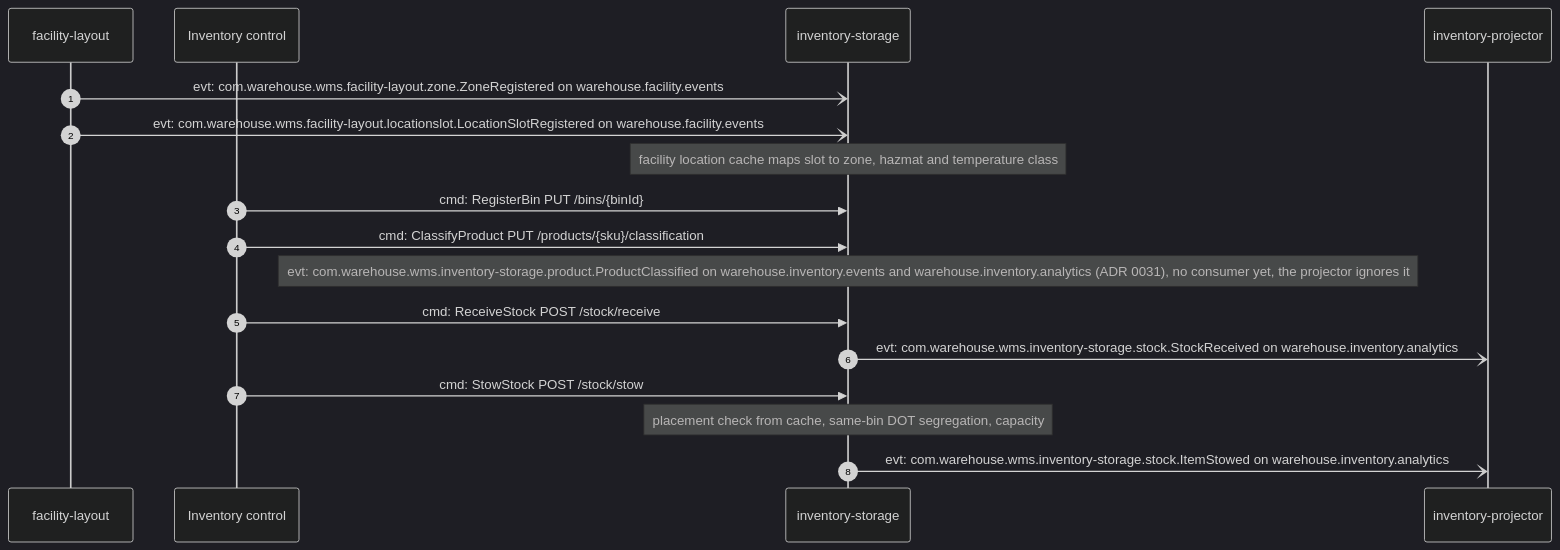
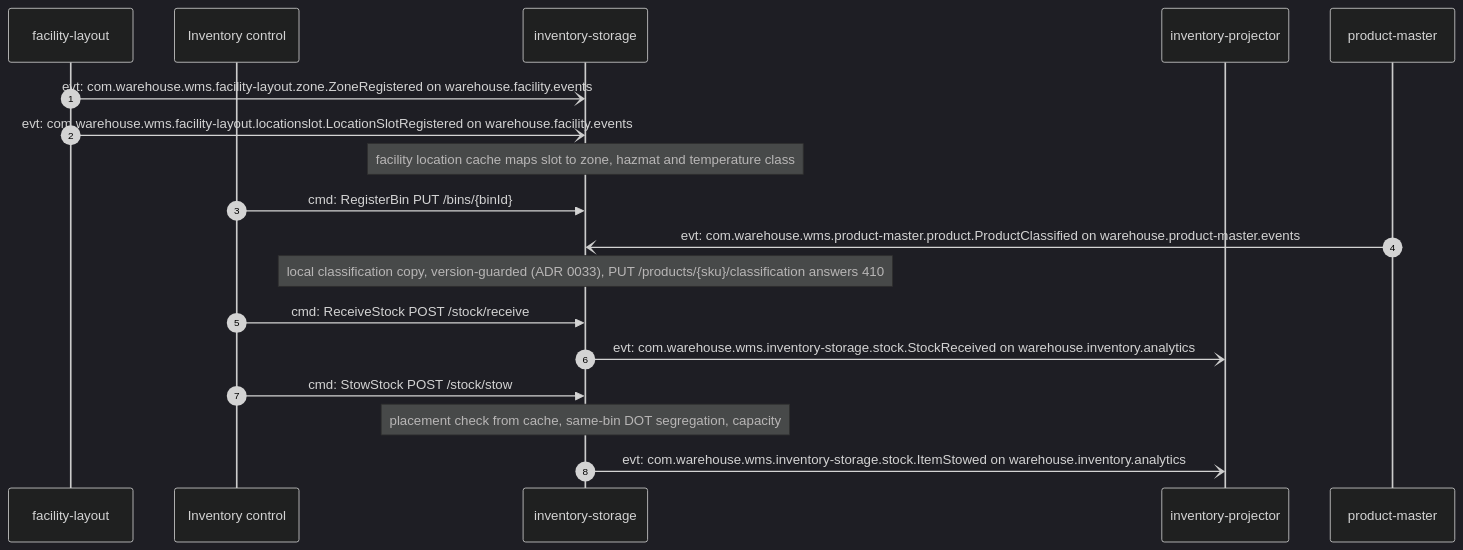
The third of 4 diagrams in docs/docs/ddd/domain-message-flow.md (IQVO/inventory-storage), drawn with Mermaid (dark theme) before and after one commit. The commit also changed other lines of this file and 14 other files, not shown here.

Commit message:
docs: regenerate REST API reference; DDD pages describe the product-master local copy (ADR 0033)

````diff
--- a/docs/docs/ddd/domain-message-flow.md
+++ b/docs/docs/ddd/domain-message-flow.md
@@ -87,19 +87,20 @@
 ```mermaid
 sequenceDiagram
     autonumber
     participant FL as facility-layout
     participant IC as Inventory control
     participant INV as inventory-storage
     participant PJ as inventory-projector
+    participant PM as product-master
     FL-)INV: evt: com.warehouse.wms.facility-layout.zone.ZoneRegistered on warehouse.facility.events
     FL-)INV: evt: com.warehouse.wms.facility-layout.locationslot.LocationSlotRegistered on warehouse.facility.events
     Note over INV: facility location cache maps slot to zone, hazmat and temperature class
     IC->>INV: cmd: RegisterBin PUT /bins/{binId}
-    IC->>INV: cmd: ClassifyProduct PUT /products/{sku}/classification
-    Note over INV: evt: com.warehouse.wms.inventory-storage.product.ProductClassified on warehouse.inventory.events and warehouse.inventory.analytics (ADR 0031), no consumer yet, the projector ignores it
+    PM-)INV: evt: com.warehouse.wms.product-master.product.ProductClassified on warehouse.product-master.events
+    Note over INV: local classification copy, version-guarded (ADR 0033), PUT /products/{sku}/classification answers 410
     IC->>INV: cmd: ReceiveStock POST /stock/receive
     INV-)PJ: evt: com.warehouse.wms.inventory-storage.stock.StockReceived on warehouse.inventory.analytics
     IC->>INV: cmd: StowStock POST /stock/stow
     Note over INV: placement check from cache, same-bin DOT segregation, capacity
     INV-)PJ: evt: com.warehouse.wms.inventory-storage.stock.ItemStowed on warehouse.inventory.analytics
 ```
````
